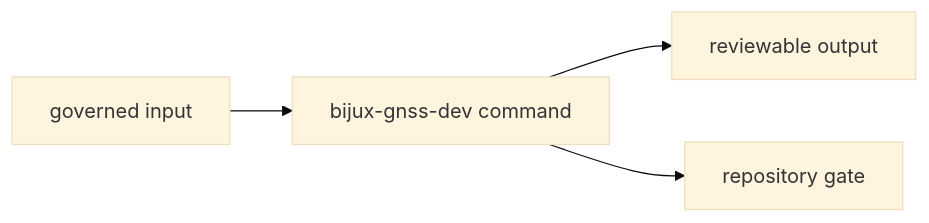
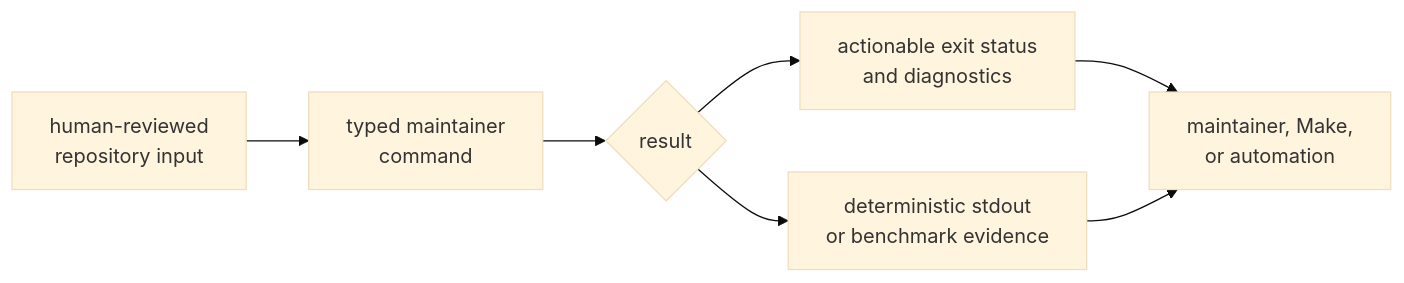
The first of 2 diagrams in crates/bijux-gnss-dev/README.md (bijux/bijux-telecom), drawn with Mermaid (base theme) before and after one commit. The commit also changed other lines of this file and 2 other files, not shown here.

Commit message:
docs(maintainers): orient repository workflow readers

````diff
--- a/crates/bijux-gnss-dev/README.md
+++ b/crates/bijux-gnss-dev/README.md
@@ -33,11 +36,16 @@
 ```mermaid
 flowchart LR
-    input["governed input"]
-    command["bijux-gnss-dev command"]
-    report["reviewable output"]
-    gate["repository gate"]
+    review["human-reviewed<br/>repository input"]
+    command["typed maintainer<br/>command"]
+    result{"result"}
+    status["actionable exit status<br/>and diagnostics"]
+    derived["deterministic stdout<br/>or benchmark evidence"]
+    caller["maintainer, Make,<br/>or automation"]
 
-    input --> command
-    command --> report
-    command --> gate
+    review --> command
+    command --> result
+    result --> status
+    result --> derived
+    status --> caller
+    derived --> caller
 ```
````
